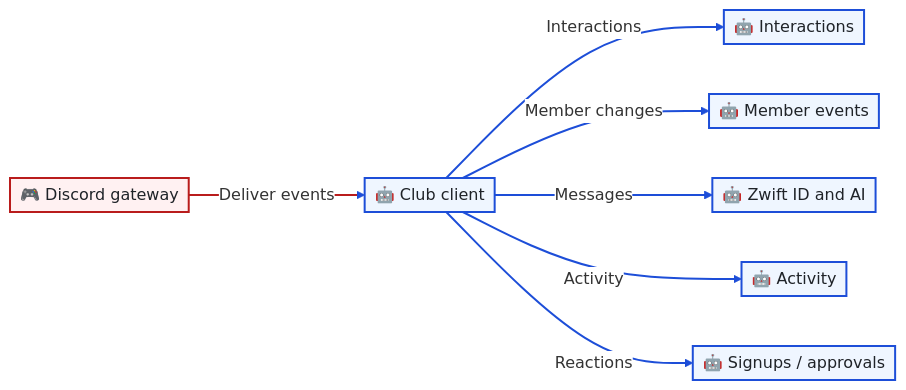
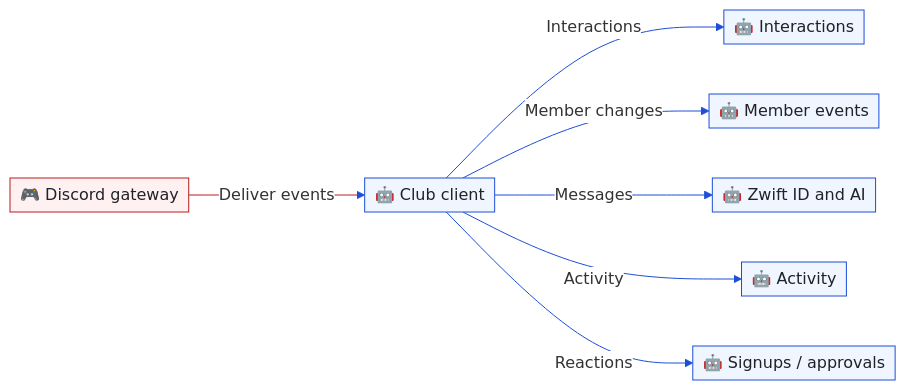
The first of 3 diagrams in docs/architecture/bot-automation.md (T00few2/dzr), drawn with Mermaid before and after one commit. The commit also changed other lines of this file and 34 other files, not shown here.

Commit message:
docs: use normal strokes and enforce 12px sequence labels

````diff
--- a/docs/architecture/bot-automation.md
+++ b/docs/architecture/bot-automation.md
@@ -14,27 +14,27 @@
 ```mermaid
 ---
 config:
   theme: base
   themeVariables:
     edgeLabelBackground: '#ffffff'
   themeCSS: |
     .edgeLabel, .edgeLabel p { font-size: 12px !important; }
     :is(&) { background: #ffffff; }
   flowchart:
     rankSpacing: 60
     padding: 5
 ---
 flowchart LR
     gateway["🎮 Discord gateway"] -->|Deliver events| entry["🤖 Club client"]
     entry -->|Interactions| interactions["🤖 Interactions"]
     entry -->|Member changes| members["🤖 Member events"]
     entry -->|Messages| messages["🤖 Zwift ID and AI"]
     entry -->|Activity| stats["🤖 Activity"]
     entry -->|Reactions| reactions["🤖 Signups / approvals"]
-    classDef default fill:#eff6ff,stroke:#1d4ed8,stroke-width:2px,color:#1f2328
-    classDef external fill:#fff1f2,stroke:#b91c1c,stroke-width:2px,color:#1f2328
-    linkStyle default stroke:#1d4ed8,stroke-width:2px
+    classDef default fill:#eff6ff,stroke:#1d4ed8,color:#1f2328
+    classDef external fill:#fff1f2,stroke:#b91c1c,color:#1f2328
+    linkStyle default stroke:#1d4ed8
     class gateway external
-    linkStyle 0 stroke:#b91c1c,stroke-width:2px
-    linkStyle 0 stroke:#b91c1c,stroke-width:2px
+    linkStyle 0 stroke:#b91c1c
+    linkStyle 0 stroke:#b91c1c
 ```
````
